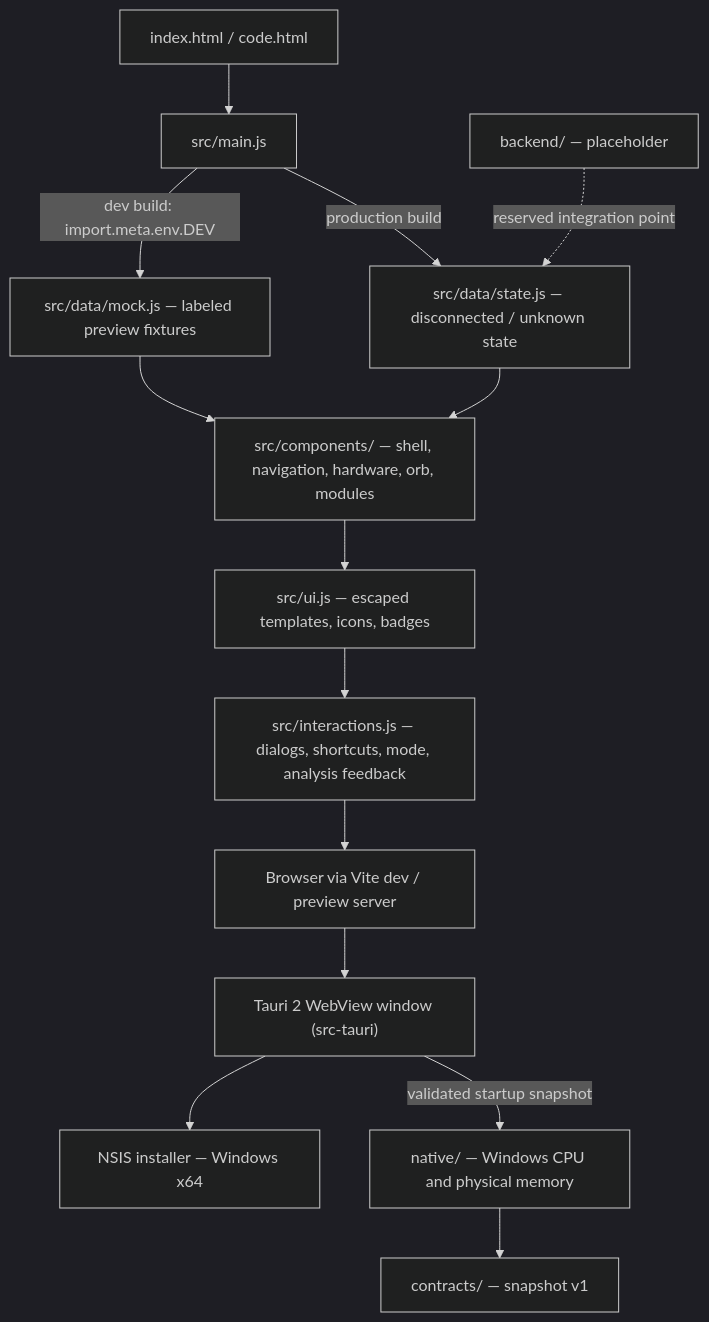
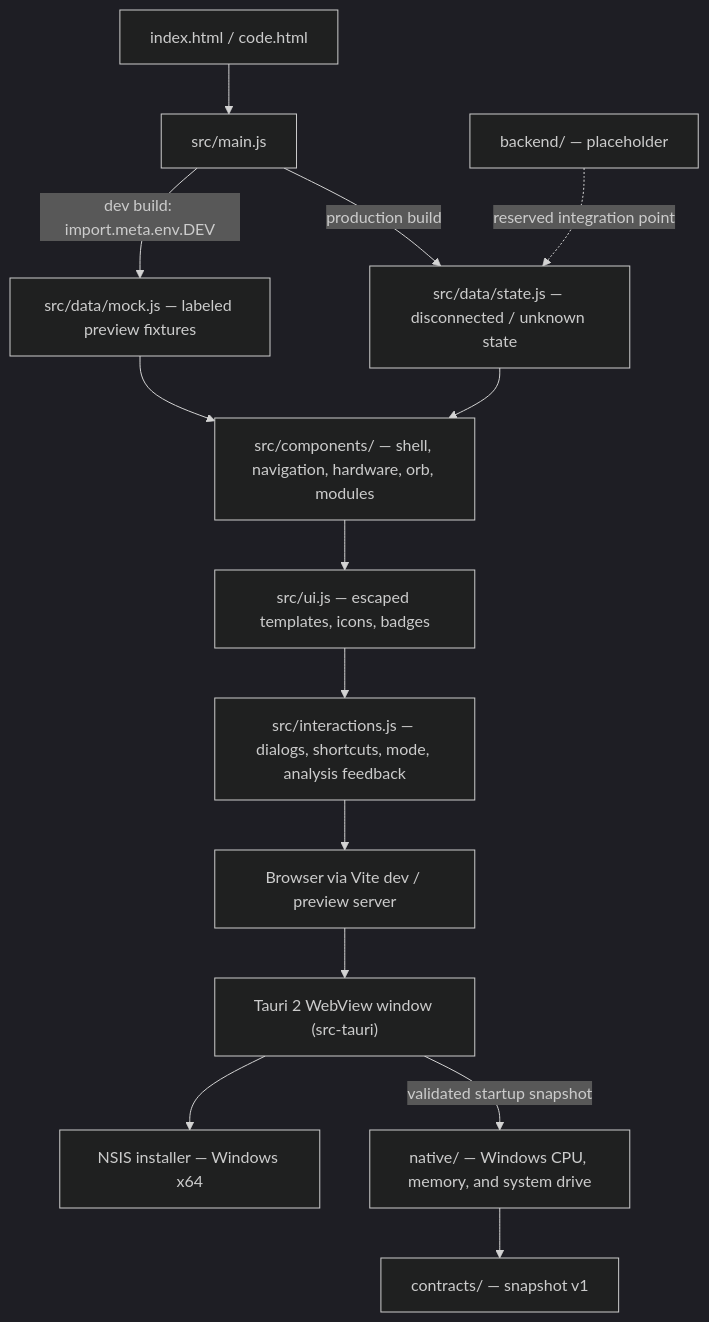
Before and after one commit to brielmarca/projeto-knr: the diagram in README.md, drawn with Mermaid (dark theme). The commit also changed other lines of this file and 21 other files, not shown here.

Commit message:
feat: collect and display system-drive storage telemetry

````diff
--- a/README.md
+++ b/README.md
@@ -110,16 +110,16 @@
 ```mermaid
 flowchart TD
     A["index.html / code.html"] --> B["src/main.js"]
     B -->|"dev build: import.meta.env.DEV"| C["src/data/mock.js — labeled preview fixtures"]
     B -->|"production build"| D["src/data/state.js — disconnected / unknown state"]
     C --> E["src/components/ — shell, navigation, hardware, orb, modules"]
     D --> E
     E --> F["src/ui.js — escaped templates, icons, badges"]
     F --> G["src/interactions.js — dialogs, shortcuts, mode, analysis feedback"]
     G --> H["Browser via Vite dev / preview server"]
     H --> I["Tauri 2 WebView window (src-tauri)"]
     I --> J["NSIS installer — Windows x64"]
     K["backend/ — placeholder"] -.->|reserved integration point| D
-    I -->|validated startup snapshot| L["native/ — Windows CPU and physical memory"]
+    I -->|validated startup snapshot| L["native/ — Windows CPU, memory, and system drive"]
     L --> M["contracts/ — snapshot v1"]
 ```
````
